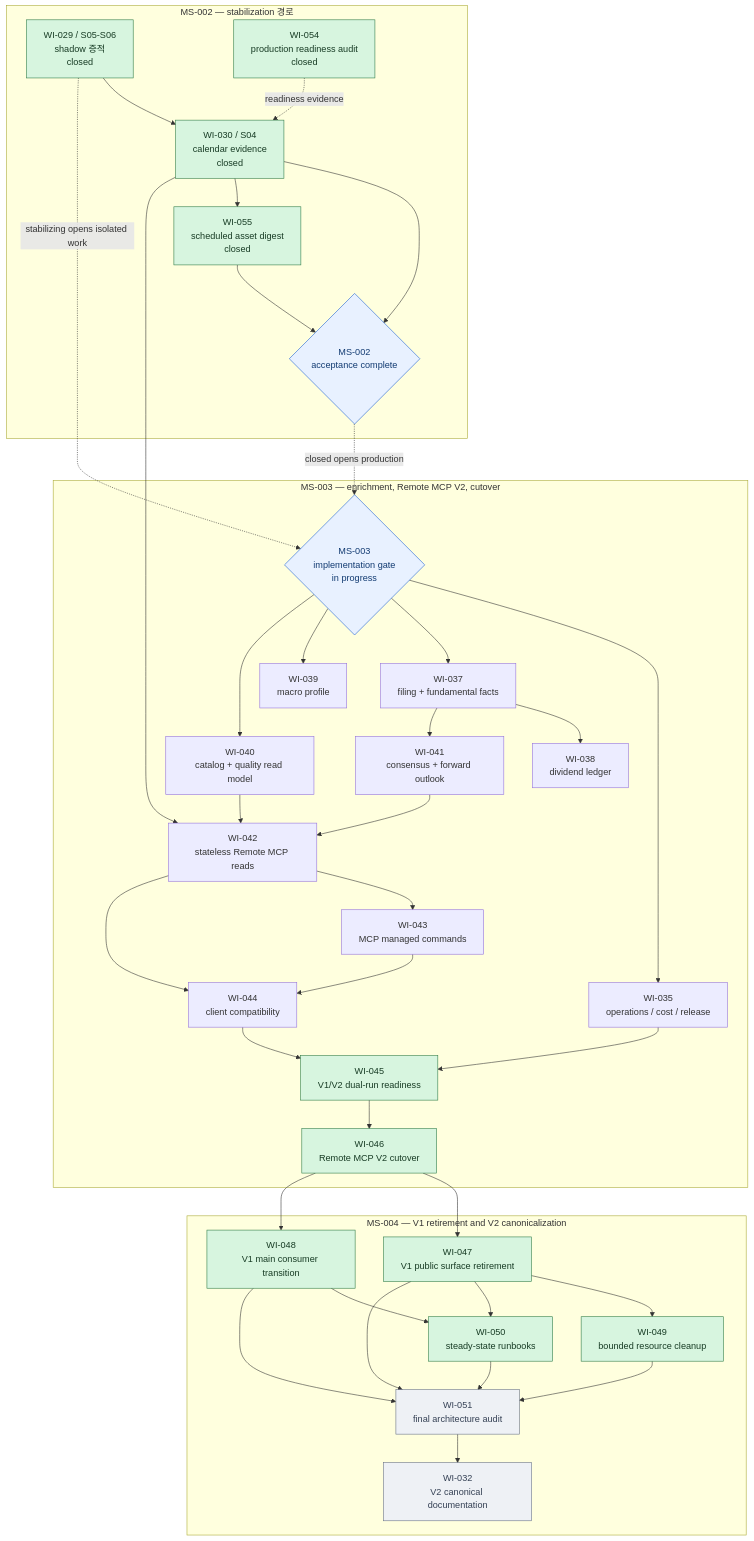
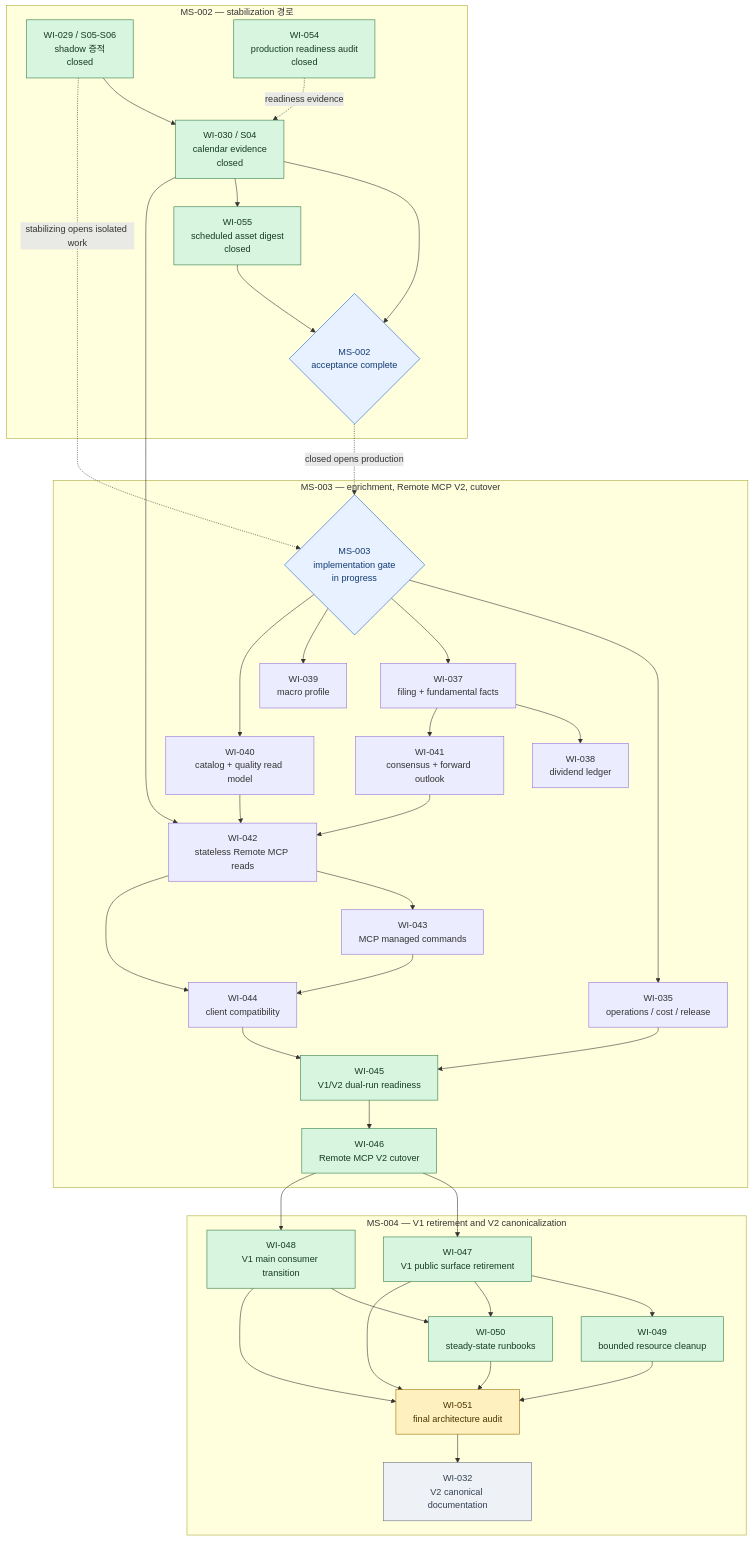
Before and after one commit to meringue5/KIS_Portfolio_MCP: the third of 3 diagrams in docs/milestones/README.md, drawn with Mermaid. The commit also changed other lines of this file and 3 other files, not shown here.

Commit message:
docs: activate WI-051 final architecture audit

````diff
--- a/docs/milestones/README.md
+++ b/docs/milestones/README.md
@@ -142,81 +142,82 @@
 ```mermaid
 flowchart TB
     subgraph M2["MS-002 — stabilization 경로"]
         W29["WI-029 / S05-S06<br/>shadow 증적<br/>closed"]
         W30["WI-030 / S04<br/>calendar evidence<br/>closed"]
         W54["WI-054<br/>production readiness audit<br/>closed"]
         W55["WI-055<br/>scheduled asset digest<br/>closed"]
         M2DONE{"MS-002<br/>acceptance complete"}
         W29 --> W30 --> M2DONE
         W30 --> W55 --> M2DONE
         W54 -. readiness evidence .-> W30
     end
 
     subgraph M3["MS-003 — enrichment, Remote MCP V2, cutover"]
         M3OPEN{"MS-003<br/>implementation gate<br/>in progress"}
         W35["WI-035<br/>operations / cost / release"]
         W37["WI-037<br/>filing + fundamental facts"]
         W38["WI-038<br/>dividend ledger"]
         W39["WI-039<br/>macro profile"]
         W40["WI-040<br/>catalog + quality read model"]
         W41["WI-041<br/>consensus + forward outlook"]
         W42["WI-042<br/>stateless Remote MCP reads"]
         W43["WI-043<br/>MCP managed commands"]
         W44["WI-044<br/>client compatibility"]
         W45["WI-045<br/>V1/V2 dual-run readiness"]
         W46["WI-046<br/>Remote MCP V2 cutover"]
 
         M3OPEN --> W35
         M3OPEN --> W37
         M3OPEN --> W39
         M3OPEN --> W40
         W37 --> W38
         W37 --> W41
         W30 --> W42
         W40 --> W42
         W41 --> W42
         W42 --> W43
         W42 --> W44
         W43 --> W44
         W35 --> W45
         W44 --> W45 --> W46
     end
 
     subgraph M4["MS-004 — V1 retirement and V2 canonicalization"]
         W47["WI-047<br/>V1 public surface retirement"]
         W48["WI-048<br/>V1 main consumer transition"]
         W49["WI-049<br/>bounded resource cleanup"]
         W50["WI-050<br/>steady-state runbooks"]
         W51["WI-051<br/>final architecture audit"]
         W32["WI-032<br/>V2 canonical documentation"]
 
         W46 --> W47
         W46 --> W48
         W47 --> W49
         W47 --> W50
         W48 --> W50
         W47 --> W51
         W48 --> W51
         W49 --> W51
         W50 --> W51
         W51 --> W32
     end
 
     W29 -. stabilizing opens isolated work .-> M3OPEN
     M2DONE -. closed opens production .-> M3OPEN
 
     classDef active fill:#fff1bf,stroke:#9a6b00,color:#4b3500;
     classDef closed fill:#d7f5df,stroke:#2d7a46,color:#173b24;
     classDef ready fill:#e8f1ff,stroke:#175cd3,color:#123b72;
     classDef blocked fill:#fde2e2,stroke:#b42318,color:#5b1712;
     classDef proposed fill:#eef1f5,stroke:#667085,color:#344054;
     classDef gate fill:#e8f1ff,stroke:#175cd3,color:#123b72;
     class W29,W30,W54,W55 closed;
     class W35,W40 verified;
     class W37,W38,W39,W41,W42,W43,W44 verified;
     class W45 closed;
     class W46,W47,W48,W49 closed;
     class W50 closed;
-    class W51,W32 proposed;
+    class W51 active;
+    class W32 proposed;
     class M2DONE,M3OPEN gate;
 ```
````
